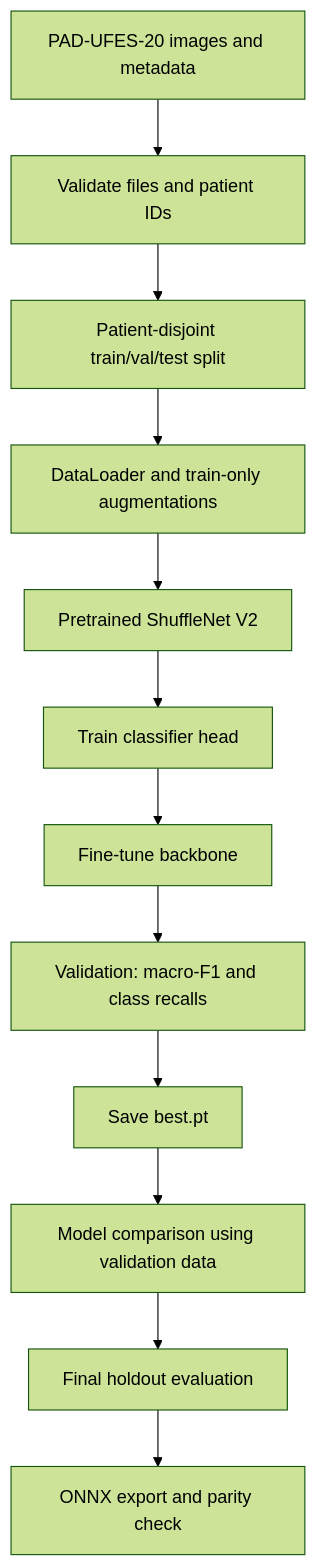
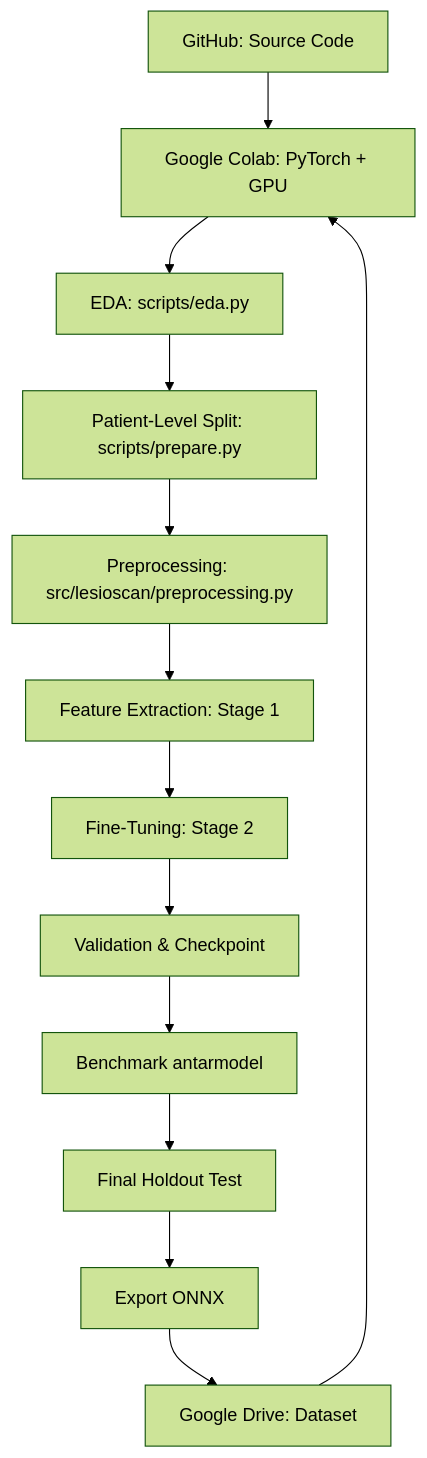
One commit to Liex2810/lesioscan-ml changed the diagram in README.md. Above: the diagram before and after it, drawn with Mermaid (forest theme). The commit also changed other lines of this file and 22 other files, not shown here.

````diff
--- a/README.md
+++ b/README.md
@@ -25,14 +10,15 @@
 ```mermaid
 flowchart TD
-    A[PAD-UFES-20 images and metadata] --> B[Validate files and patient IDs]
-    B --> C[Patient-disjoint train/val/test split]
-    C --> D[DataLoader and train-only augmentations]
-    D --> E[Pretrained ShuffleNet V2]
-    E --> F[Train classifier head]
-    F --> G[Fine-tune backbone]
-    G --> H[Validation: macro-F1 and class recalls]
-    H --> I[Save best.pt]
-    I --> J[Model comparison using validation data]
-    J --> K[Final holdout evaluation]
-    K --> L[ONNX export and parity check]
+  GitHub[GitHub: Source Code] --> Colab[Google Colab: PyTorch + GPU]
+  Drive[Google Drive: Dataset] --> Colab
+  Colab --> EDA[EDA: scripts/eda.py]
+  EDA --> Split[Patient-Level Split: scripts/prepare.py]
+  Split --> Prep[Preprocessing: src/lesioscan/preprocessing.py]
+  Prep --> F[Feature Extraction: Stage 1]
+  F --> FT[Fine-Tuning: Stage 2]
+  FT --> V[Validation & Checkpoint]
+  V --> B[Benchmark antarmodel]
+  B --> T[Final Holdout Test]
+  T --> ONNX[Export ONNX]
+  ONNX --> Drive
 ```
````
